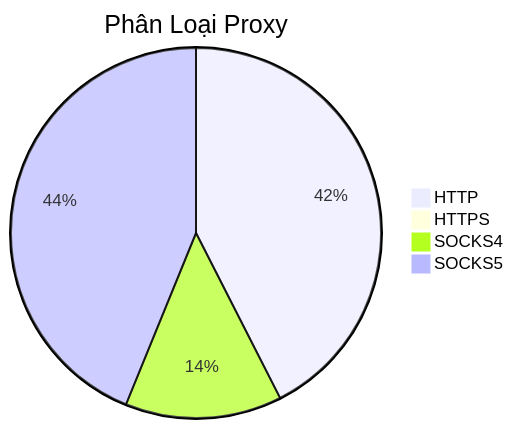
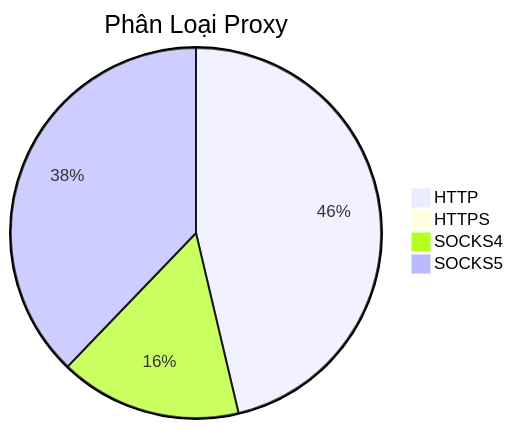
Before and after one commit to Ciara-Aa/PROXY-free: the diagram in README.md, drawn with Mermaid. The commit also changed other lines of this file and 4 other files, not shown here.

````diff
--- a/README.md
+++ b/README.md
@@ -26,7 +26,7 @@
 ```mermaid
 pie title Phân Loại Proxy
-    "HTTP" : 1346
+    "HTTP" : 1266
     "HTTPS" : 2
-    "SOCKS4" : 433
-    "SOCKS5" : 1388
+    "SOCKS4" : 434
+    "SOCKS5" : 1034
 ```
````
